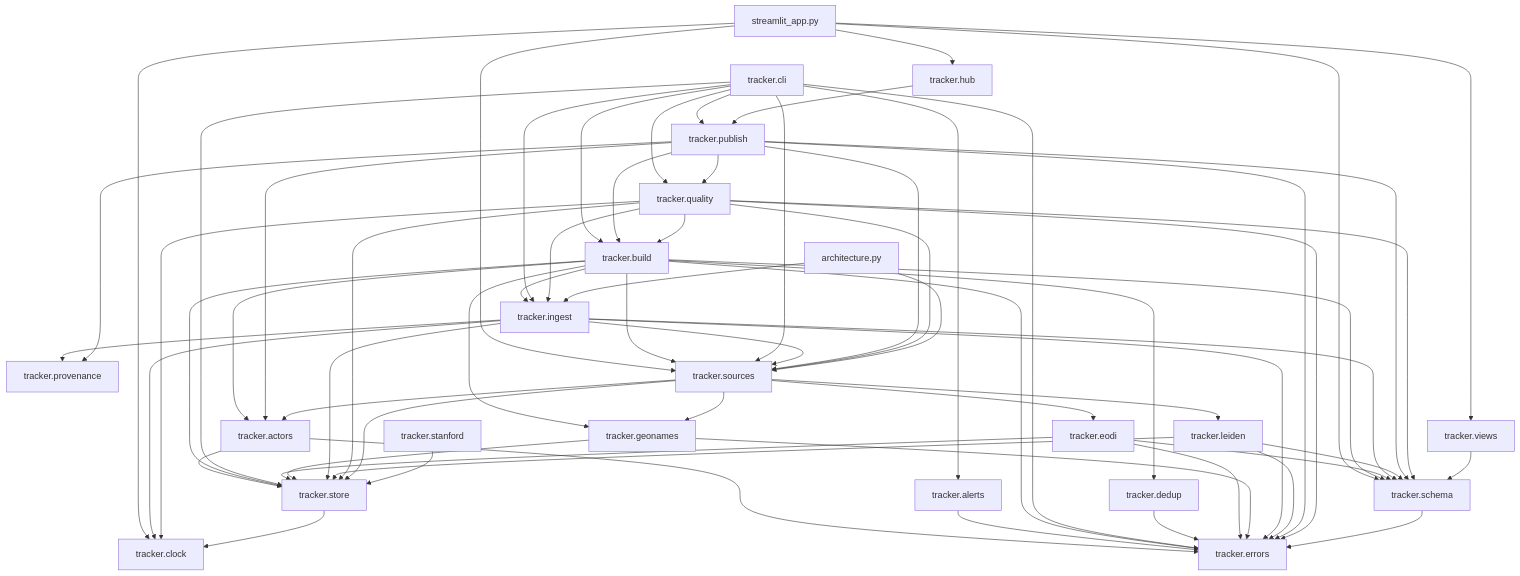
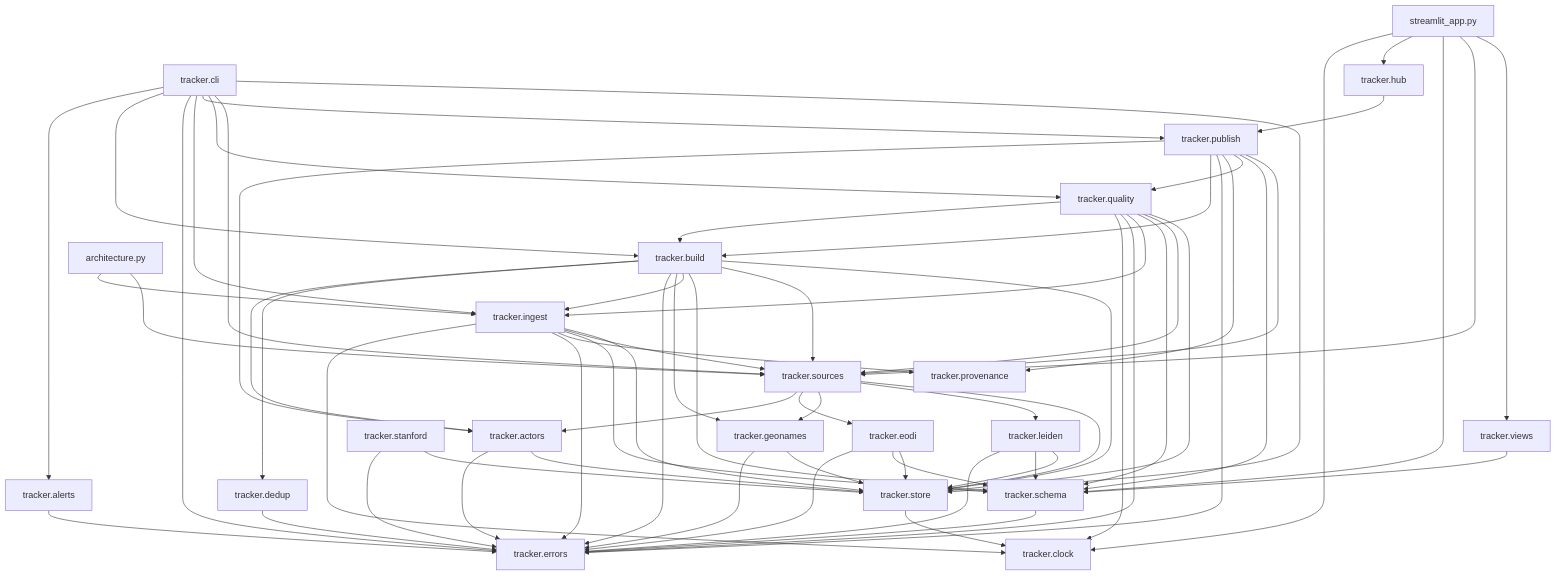
One commit to tryph0n/hybrid-tracker changed the third of 3 diagrams in docs/architecture.md. Above: the diagram before and after it, drawn with Mermaid. The commit also changed other lines of this file and 6 other files, not shown here.

```diff
--- a/docs/architecture.md
+++ b/docs/architecture.md
@@ -241,6 +241,7 @@
   module_tracker_sources --> module_tracker_geonames
   module_tracker_sources --> module_tracker_leiden
   module_tracker_sources --> module_tracker_store
+  module_tracker_stanford --> module_tracker_errors
   module_tracker_stanford --> module_tracker_store
   module_tracker_store --> module_tracker_clock
   module_tracker_views --> module_tracker_schema
```
